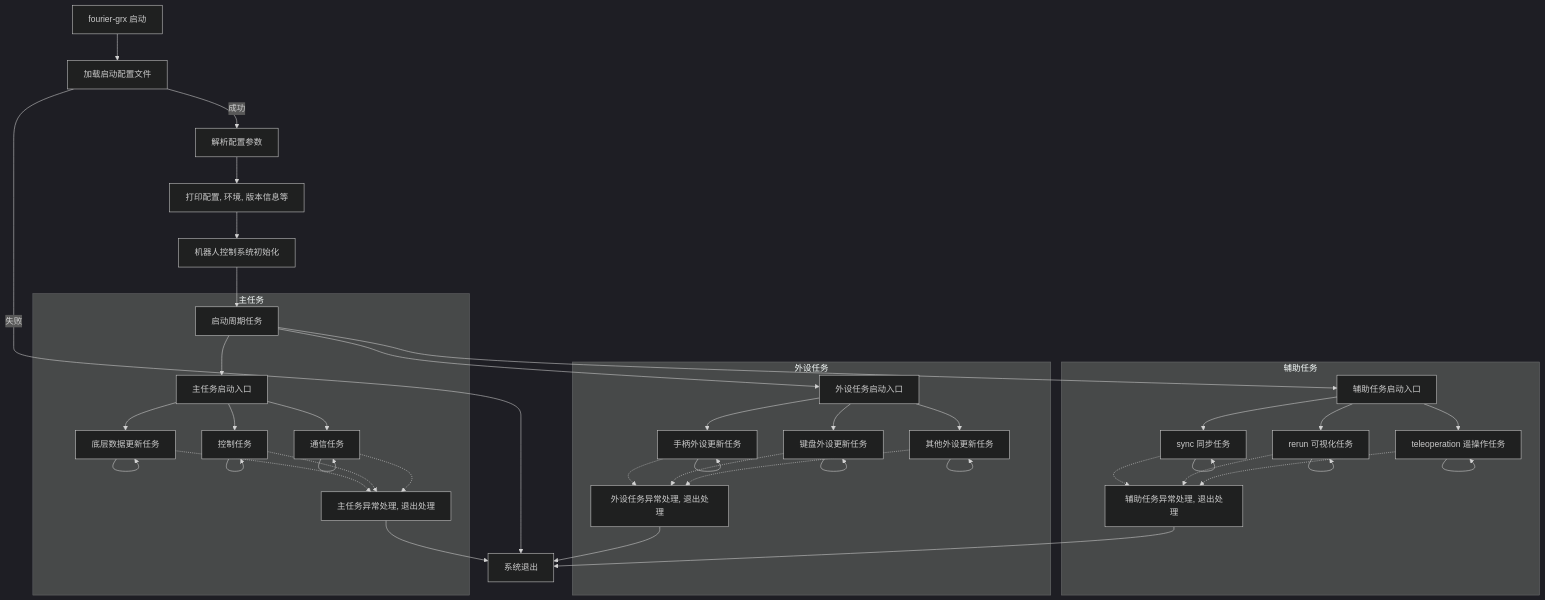
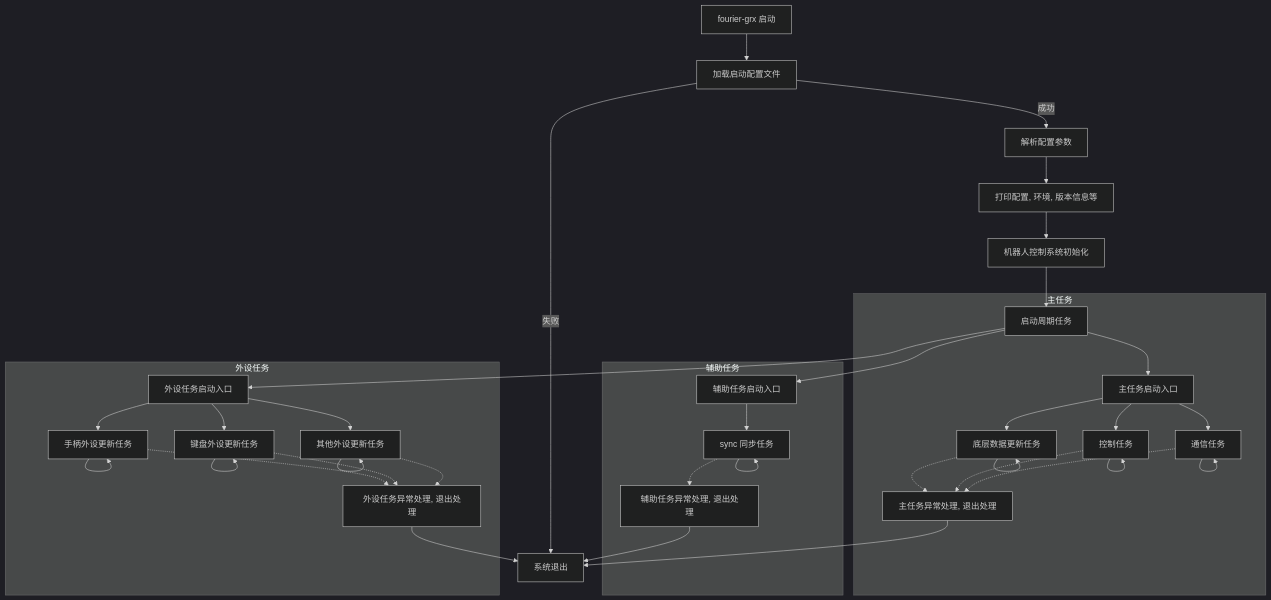
One commit to FFTAI/fourier-grx-N1 changed the first of 3 diagrams in docs/reference/system_running_logic.md. Above: the diagram before and after it, drawn with Mermaid (dark theme). The commit also changed other lines of this file and 52 other files, not shown here.

````diff
--- a/docs/reference/system_running_logic.md
+++ b/docs/reference/system_running_logic.md
@@ -13,52 +13,46 @@
 ```mermaid
 graph TD
     A[fourier-grx 启动] --> B[加载启动配置文件]
     B -->|成功| C[解析配置参数]
     B -->|失败| Z[系统退出]
     C --> D[打印配置, 环境, 版本信息等]
     D --> E[机器人控制系统初始化]
     E --> F[启动周期任务]
 
     subgraph 主任务
         F --> AA[主任务启动入口]
         AA --> AB[底层数据更新任务]
         AA --> AC[控制任务]
         AA --> AD[通信任务]
         AB --> AB
         AC --> AC
         AD --> AD
         AB -.-> AZ[主任务异常处理, 退出处理]
         AC -.-> AZ
         AD -.-> AZ
     end
 
     subgraph 辅助任务
         F --> BA[辅助任务启动入口]
         BA --> BB[sync 同步任务]
-        BA --> BC[rerun 可视化任务]
-        BA --> BD[teleoperation 遥操作任务]
         BB --> BB
-        BC --> BC
-        BD --> BD
         BB -.-> BZ[辅助任务异常处理, 退出处理]
-        BC -.-> BZ
-        BD -.-> BZ
     end
 
     subgraph 外设任务
         F --> CA[外设任务启动入口]
         CA --> CB[手柄外设更新任务]
         CA --> CC[键盘外设更新任务]
         CA --> CD[其他外设更新任务]
         CB --> CB
         CC --> CC
         CD --> CD
         CB -.-> CZ[外设任务异常处理, 退出处理]
         CC -.-> CZ
         CD -.-> CZ
     end
 
     AZ --> Z
     BZ --> Z
     CZ --> Z
 ```
````
